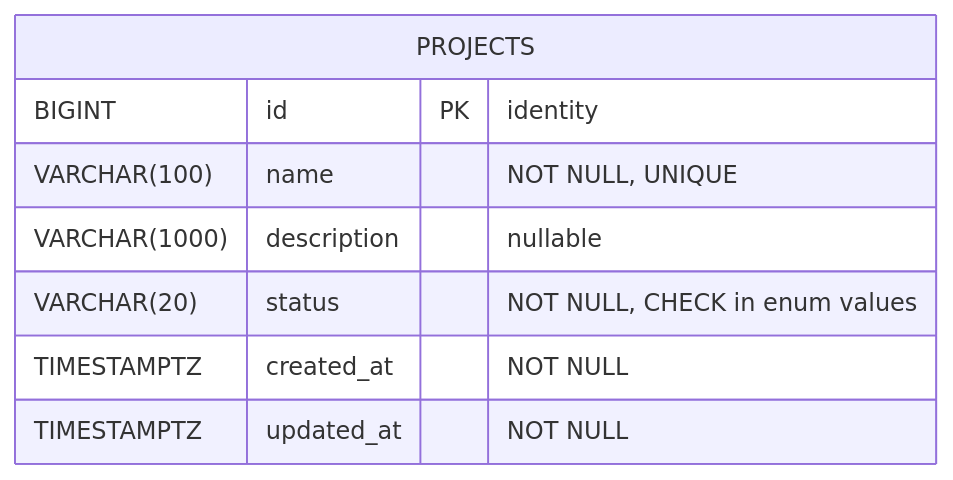
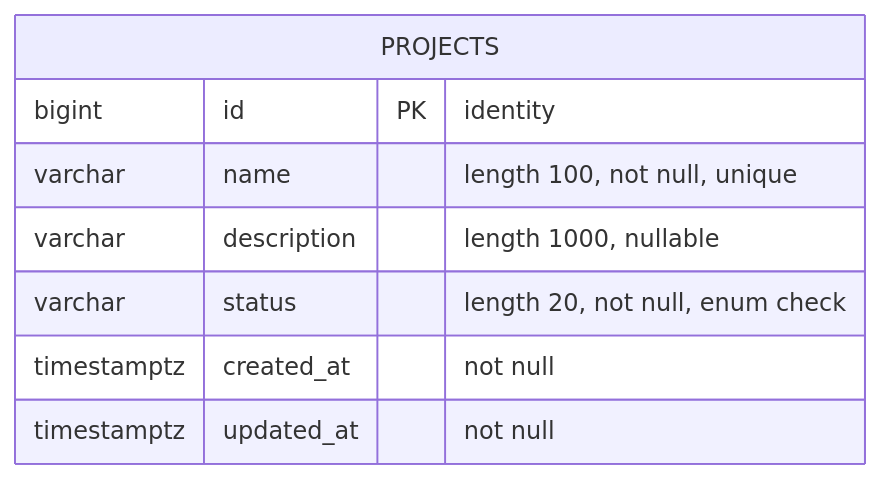
The second of 3 diagrams in README.md (prakashreddy975/ai-agent-powered-backend-service-platform), drawn with Mermaid before and after one commit. The commit also changed other lines of this file, not shown here.

First line of the commit message:
Fix Mermaid diagram syntax in README

````diff
--- a/README.md
+++ b/README.md
@@ -110,11 +110,11 @@
 ```mermaid
 erDiagram
     PROJECTS {
-        BIGINT id PK "identity"
-        VARCHAR(100) name "NOT NULL, UNIQUE"
-        VARCHAR(1000) description "nullable"
-        VARCHAR(20) status "NOT NULL, CHECK in enum values"
-        TIMESTAMPTZ created_at "NOT NULL"
-        TIMESTAMPTZ updated_at "NOT NULL"
+        bigint id PK "identity"
+        varchar name "length 100, not null, unique"
+        varchar description "length 1000, nullable"
+        varchar status "length 20, not null, enum check"
+        timestamptz created_at "not null"
+        timestamptz updated_at "not null"
     }
 ```
````
